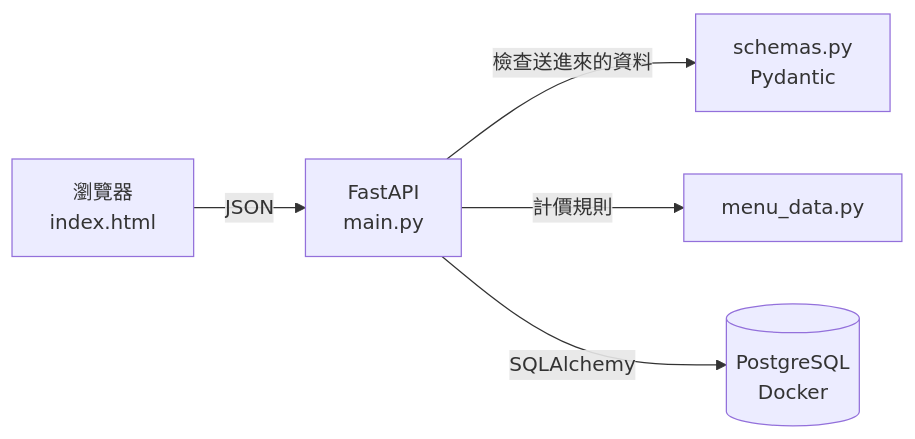
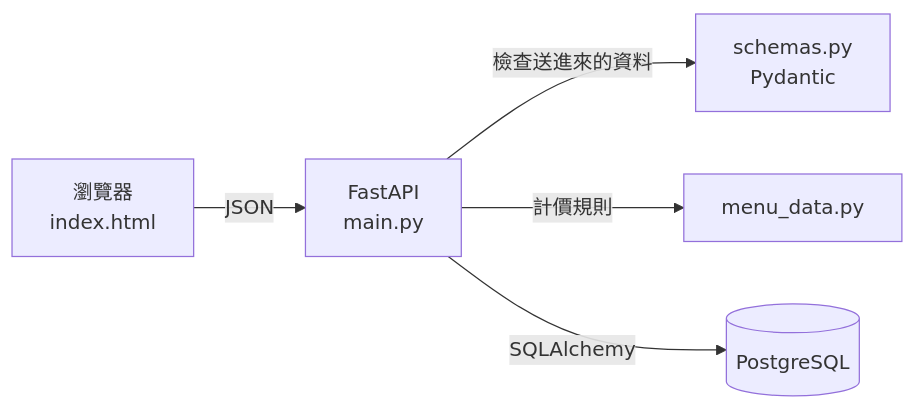
The diagram in README.md (elike143/drink_order), drawn with Mermaid before and after one commit. The commit also changed other lines of this file, not shown here.

````diff
--- a/README.md
+++ b/README.md
@@ -28,7 +33,7 @@
 ```mermaid
 flowchart LR
     A[瀏覽器<br>index.html] -- JSON --> B[FastAPI<br>main.py]
     B -- 檢查送進來的資料 --> C[schemas.py<br>Pydantic]
     B -- 計價規則 --> D[menu_data.py]
-    B -- SQLAlchemy --> E[(PostgreSQL<br>Docker)]
+    B -- SQLAlchemy --> E[(PostgreSQL)]
 ```
````
